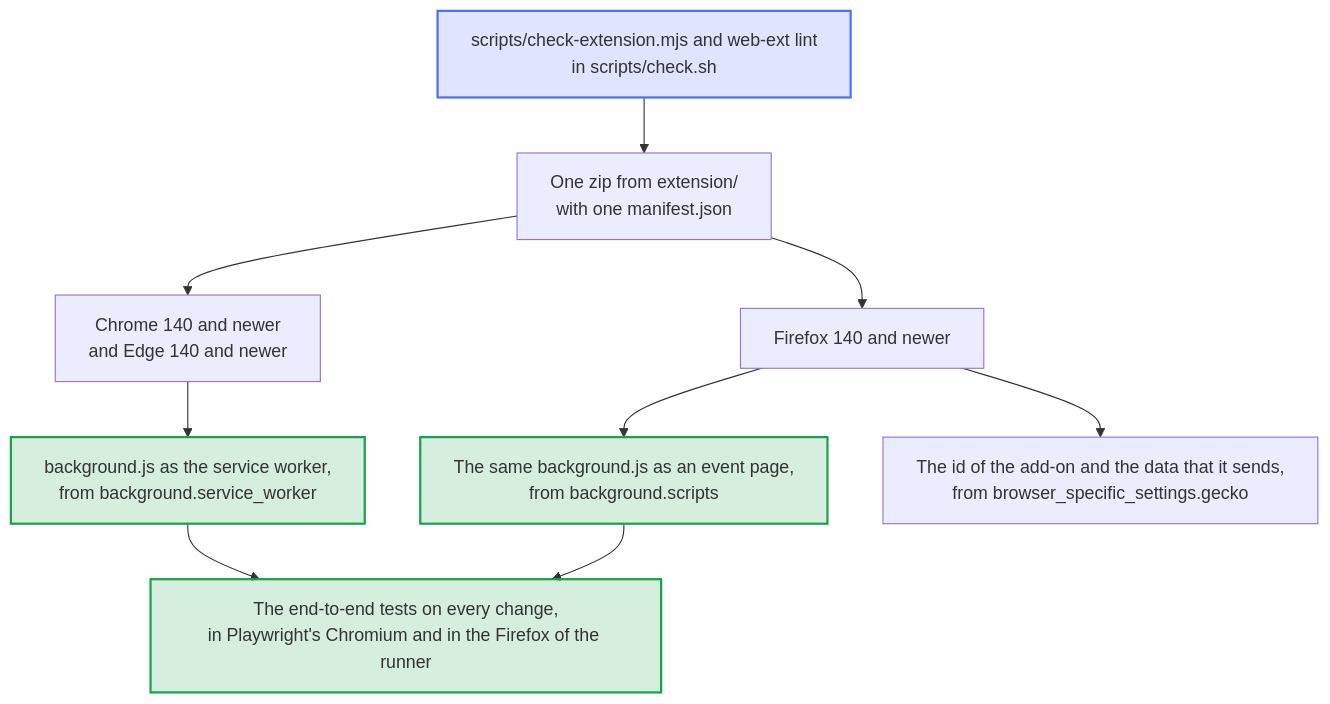
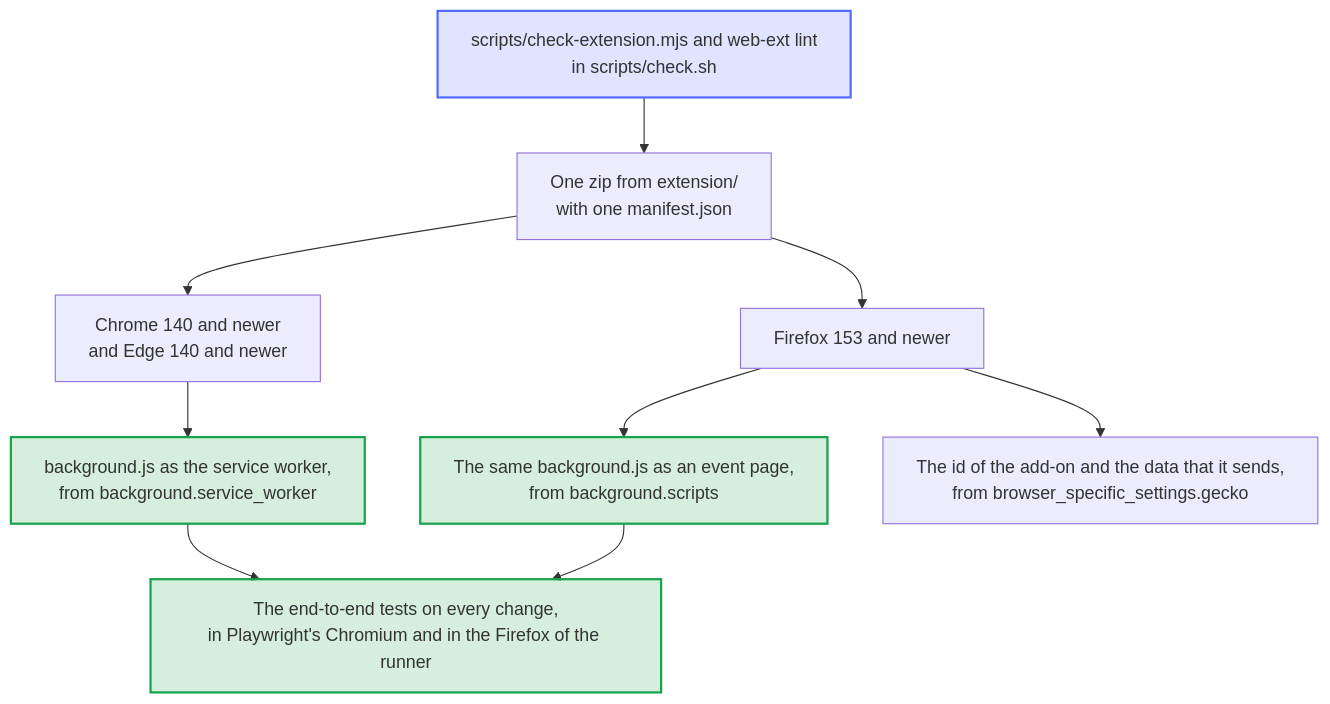
Before and after one commit to Dennis-Otto/player-switch-for-autodarts: the diagram in docs/diagrams/one-package-every-browser.mmd, drawn with Mermaid. The commit also changed 30 other files, not shown here.

```diff
--- a/docs/diagrams/one-package-every-browser.mmd
+++ b/docs/diagrams/one-package-every-browser.mmd
@@ -1,29 +1,29 @@
 ---
 config:
   flowchart:
     wrappingWidth: 400
 ---
 flowchart TB
     accTitle: One package for Chrome, Edge and Firefox
-    accDescr: The release builds one zip from extension/, with one manifest.json. Chrome 140 and newer, and Edge 140 and newer, run background.js as the service worker that background.service_worker names, and ignore the keys of Firefox. Firefox 140 and newer runs the same background.js from background.scripts, under the id of browser_specific_settings.gecko, and lists on the add-on's page in about:addons that it sends authentication data to Autodarts. scripts/check-extension.mjs checks that both keys name background.js and that the data matches store/permissions.json, and web-ext lint, the lint of addons.mozilla.org, finds no error in the package. The end-to-end tests run it in Playwright's Chromium and in the Firefox of the runner on every change.
+    accDescr: The release builds one zip from extension/, with one manifest.json. Chrome 140 and newer, and Edge 140 and newer, run background.js as the service worker that background.service_worker names, and ignore the keys of Firefox. Firefox 153 and newer runs the same background.js from background.scripts, under the id of browser_specific_settings.gecko, and lists on the add-on's page in about:addons that it sends authentication data to Autodarts. scripts/check-extension.mjs checks that both keys name background.js and that the data matches store/permissions.json, and web-ext lint, the lint of addons.mozilla.org, finds no error in the package. The end-to-end tests run it in Playwright's Chromium and in the Firefox of the runner on every change.
 
     checks["scripts/check-extension.mjs and web-ext lint<br>in scripts/check.sh"]
     zip["One zip from extension/<br>with one manifest.json"]
     chrome["Chrome 140 and newer<br>and Edge 140 and newer"]
-    firefox["Firefox 140 and newer"]
+    firefox["Firefox 153 and newer"]
     worker["background.js as the service worker,<br>from background.service_worker"]
     page["The same background.js as an event page,<br>from background.scripts"]
     gecko["The id of the add-on and the data that it sends,<br>from browser_specific_settings.gecko"]
     tests["The end-to-end tests on every change,<br>in Playwright's Chromium and in the Firefox of the runner"]
 
     checks --> zip
     zip --> chrome --> worker
     zip --> firefox --> page
     firefox --> gecko
     worker --> tests
     page --> tests
 
     classDef bot fill:#526cfe2e,stroke:#526cfe,stroke-width:2px
     classDef done fill:#16a34a2e,stroke:#16a34a,stroke-width:2px
     class checks bot
     class worker,page,tests done
```
